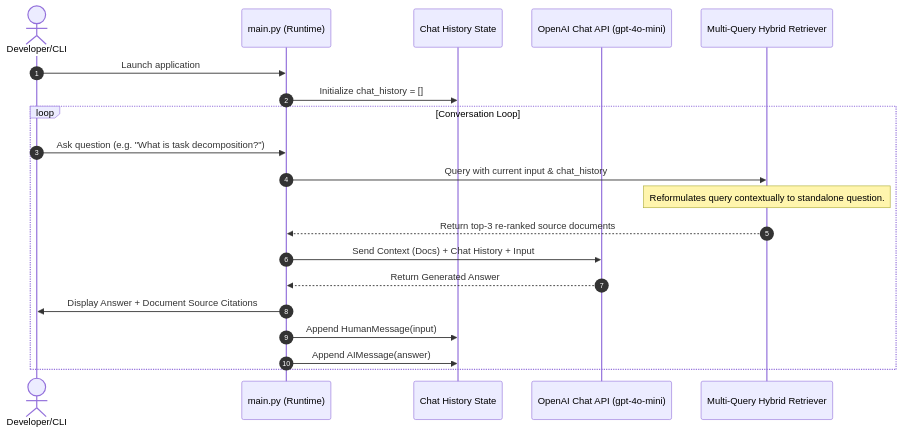
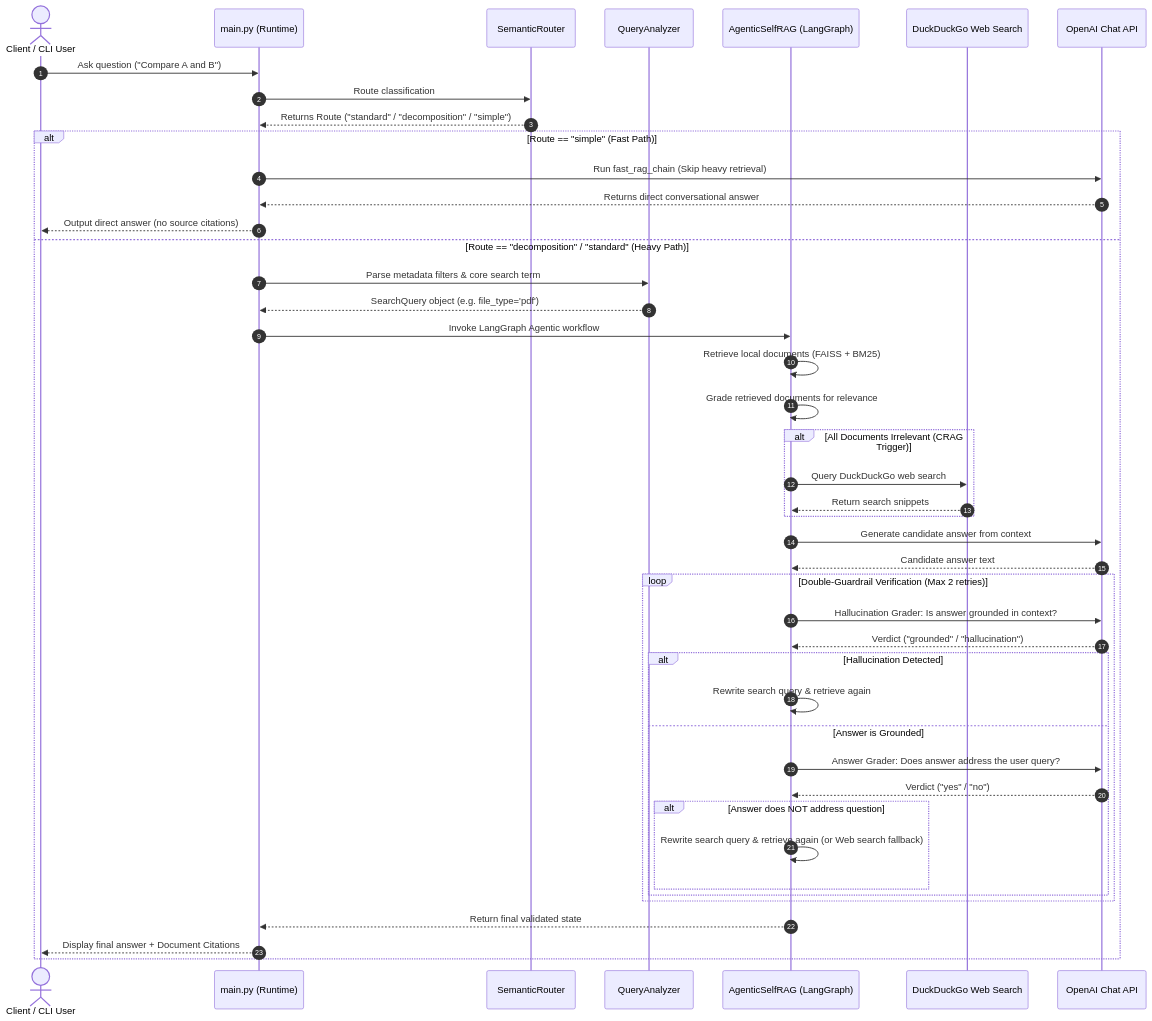
Before and after one commit to Sh1vaay/RAG: the second of 2 diagrams in README.md, drawn with Mermaid. The commit also changed other lines of this file and 16 other files, not shown here.

````diff
--- a/README.md
+++ b/README.md
@@ -135,26 +136,54 @@
 ```mermaid
 sequenceDiagram
     autonumber
-    actor User as Developer/CLI
+    actor User as Client / CLI User
     participant Main as main.py (Runtime)
-    participant Hist as Chat History State
-    participant LLM as OpenAI Chat API (gpt-4o-mini)
-    participant Retriever as Multi-Query Hybrid Retriever
+    participant Router as SemanticRouter
+    participant Analyzer as QueryAnalyzer
+    participant Graph as AgenticSelfRAG (LangGraph)
+    participant Web as DuckDuckGo Web Search
+    participant LLM as OpenAI Chat API
 
-    User->>Main: Launch application
-    Main->>Hist: Initialize chat_history = []
-    
-    loop Conversation Loop
-        User->>Main: Ask question (e.g. "What is task decomposition?")
-        Main->>Retriever: Query with current input & chat_history
-        Note over Retriever: Reformulates query contextually to standalone question.
-        Retriever-->>Main: Return top-3 re-ranked source documents
-        Main->>LLM: Send Context (Docs) + Chat History + Input
-        LLM-->>Main: Return Generated Answer
-        Main->>User: Display Answer + Document Source Citations
+    User->>Main: Ask question ("Compare A and B")
+    Main->>Router: Route classification
+    Router-->>Main: Returns Route ("standard" / "decomposition" / "simple")
+
+    alt Route == "simple" (Fast Path)
+        Main->>LLM: Run fast_rag_chain (Skip heavy retrieval)
+        LLM-->>Main: Returns direct conversational answer
+        Main-->>User: Output direct answer (no source citations)
+    else Route == "decomposition" / "standard" (Heavy Path)
+        Main->>Analyzer: Parse metadata filters & core search term
+        Analyzer-->>Main: SearchQuery object (e.g. file_type='pdf')
         
-        %% Update memory
-        Main->>Hist: Append HumanMessage(input)
-        Main->>Hist: Append AIMessage(answer)
+        Main->>Graph: Invoke LangGraph Agentic workflow
+        Graph->>Graph: Retrieve local documents (FAISS + BM25)
+        Graph->>Graph: Grade retrieved documents for relevance
+        
+        alt All Documents Irrelevant (CRAG Trigger)
+            Graph->>Web: Query DuckDuckGo web search
+            Web-->>Graph: Return search snippets
+        end
+        
+        Graph->>LLM: Generate candidate answer from context
+        LLM-->>Graph: Candidate answer text
+        
+        loop Double-Guardrail Verification (Max 2 retries)
+            Graph->>LLM: Hallucination Grader: Is answer grounded in context?
+            LLM-->>Graph: Verdict ("grounded" / "hallucination")
+            
+            alt Hallucination Detected
+                Graph->>Graph: Rewrite search query & retrieve again
+            else Answer is Grounded
+                Graph->>LLM: Answer Grader: Does answer address the user query?
+                LLM-->>Graph: Verdict ("yes" / "no")
+                alt Answer does NOT address question
+                    Graph->>Graph: Rewrite search query & retrieve again (or Web search fallback)
+                end
+            end
+        end
+        
+        Graph-->>Main: Return final validated state
+        Main-->>User: Display final answer + Document Citations
     end
 ```
````
